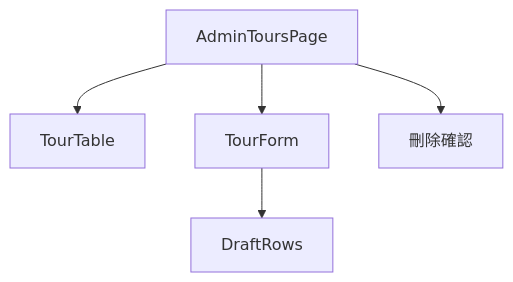
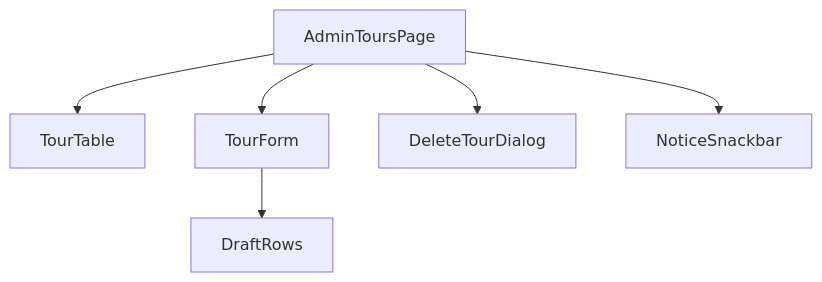
One commit to summer10920/summer10920.github.io changed diagram 11 of 12 in source/_posts/lokiTech-15day-12-project-travel.md. Above: the diagram before and after it, drawn with Mermaid. The commit also changed other lines of this file and 1 other file, not shown here.

```diff
--- a/source/_posts/lokiTech-15day-12-project-travel.md
+++ b/source/_posts/lokiTech-15day-12-project-travel.md
@@ -5530,6 +5599,7 @@
 {% mermaid graph TD %}
   page["AdminToursPage"] --> table["TourTable"]
   page --> form["TourForm"]
-  page --> confirm["刪除確認"]
+  page --> confirm["DeleteTourDialog"]
+  page --> notice["NoticeSnackbar"]
   form --> rows["DraftRows"]
 {% endmermaid %}
```
